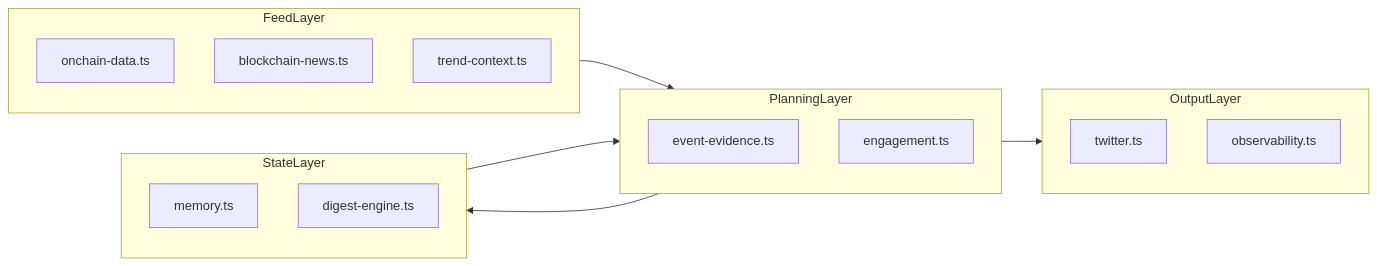
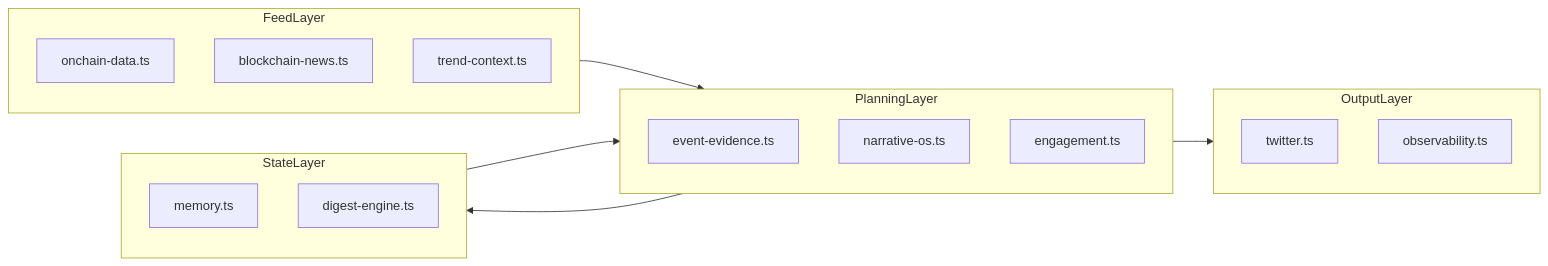
One commit to starlash7/Pixymon changed the second of 2 diagrams in README.md. Above: the diagram before and after it, drawn with Mermaid. The commit also changed other lines of this file and 21 other files, not shown here.

````diff
--- a/README.md
+++ b/README.md
@@ -56,22 +56,23 @@
 ```mermaid
 flowchart LR
     subgraph FeedLayer
       N1[onchain-data.ts]
       N2[blockchain-news.ts]
       N3[trend-context.ts]
     end
     subgraph PlanningLayer
       P1[event-evidence.ts]
-      P2[engagement.ts]
+      P2[narrative-os.ts]
+      P3[engagement.ts]
     end
     subgraph StateLayer
       S1[memory.ts]
       S2[digest-engine.ts]
     end
     subgraph OutputLayer
       O1[twitter.ts]
       O2[observability.ts]
     end
     FeedLayer --> PlanningLayer --> OutputLayer
     PlanningLayer --> StateLayer --> PlanningLayer
 ```
````
